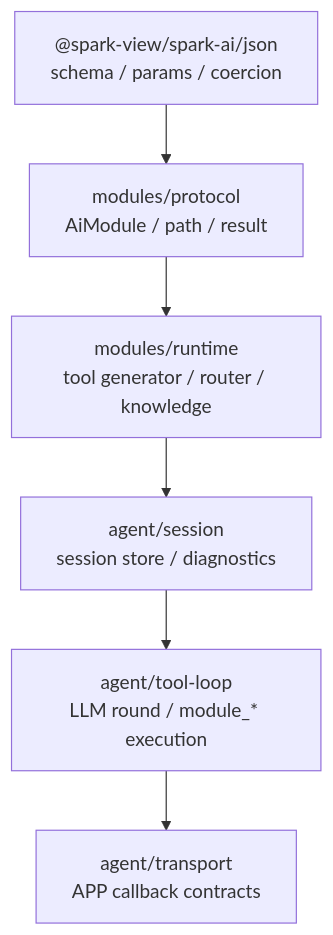
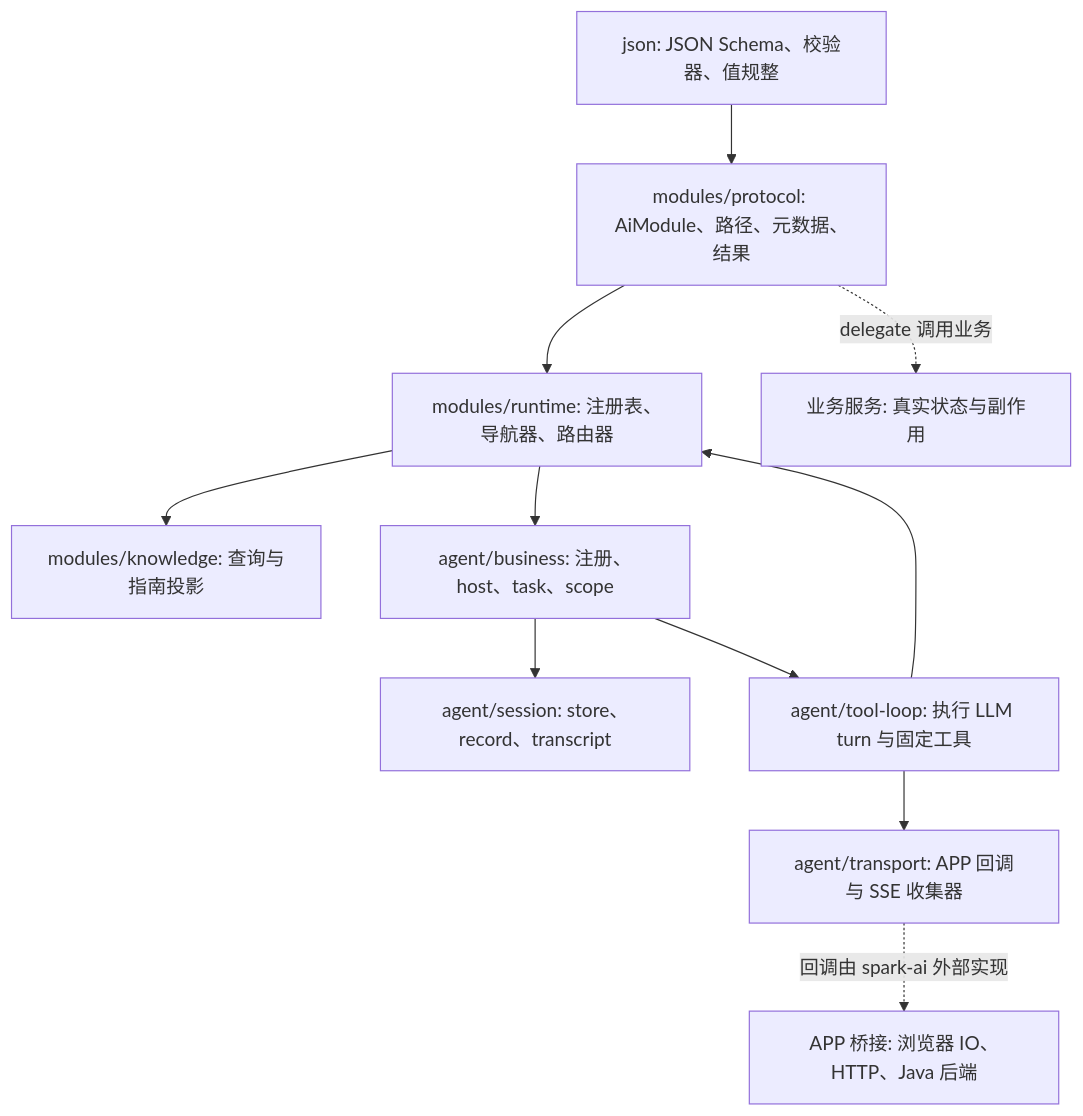
The first of 5 diagrams in docs/ai/spark-ai-complete-guide.md (LMSpark/spark-view-vue), drawn with Mermaid before and after one commit. The commit also changed other lines of this file and 21 other files, not shown here.

````diff
--- a/docs/ai/spark-ai-complete-guide.md
+++ b/docs/ai/spark-ai-complete-guide.md
@@ -76,15 +71,24 @@
 ```mermaid
-flowchart TB
-  json["@spark-view/spark-ai/json<br/>schema / params / coercion"]
-  protocol["modules/protocol<br/>AiModule / path / result"]
-  runtime["modules/runtime<br/>tool generator / router / knowledge"]
-  session["agent/session<br/>session store / diagnostics"]
-  loop["agent/tool-loop<br/>LLM round / module_* execution"]
-  transport["agent/transport<br/>APP callback contracts"]
+flowchart TD
+  J["json: JSON Schema、校验器、值规整"]
+  M["modules/protocol: AiModule、路径、元数据、结果"]
+  R["modules/runtime: 注册表、导航器、路由器"]
+  K["modules/knowledge: 查询与指南投影"]
+  A["agent/business: 注册、host、task、scope"]
+  S["agent/session: store、record、transcript"]
+  L["agent/tool-loop: 执行 LLM turn 与固定工具"]
+  T["agent/transport: APP 回调与 SSE 收集器"]
+  B["业务服务: 真实状态与副作用"]
+  P["APP 桥接: 浏览器 IO、HTTP、Java 后端"]
 
-  json --> protocol
-  protocol --> runtime
-  runtime --> session
-  session --> loop
-  loop --> transport
+  J --> M
+  M --> R
+  R --> K
+  R --> A
+  A --> S
+  A --> L
+  L --> T
+  L --> R
+  M -. "delegate 调用业务" .-> B
+  T -. "回调由 spark-ai 外部实现" .-> P
 ```
````
